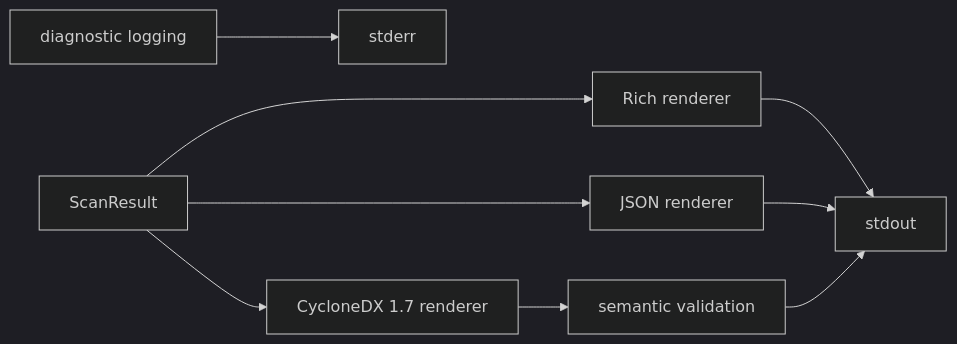
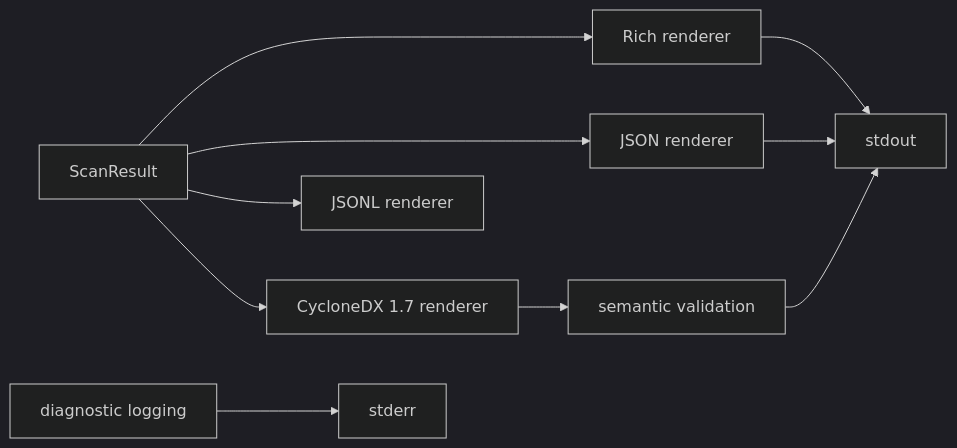
Before and after one commit to BreachSAFE/qureddy: the fourth of 4 diagrams in docs/explanation/architecture.md, drawn with Mermaid (dark theme). The commit also changed other lines of this file and 4 other files, not shown here.

Commit message:
docs: align architecture and CLI documentation

````diff
--- a/docs/explanation/architecture.md
+++ b/docs/explanation/architecture.md
@@ -189,11 +196,12 @@
 ```mermaid
 flowchart LR
     result["ScanResult"] --> rich["Rich renderer"]
     result --> json["JSON renderer"]
+    result --> jsonl["JSONL renderer"]
     result --> cbom["CycloneDX 1.7 renderer"]
     cbom --> semantic["semantic validation"]
     rich --> stdout["stdout"]
     json --> stdout
     semantic --> stdout
     diagnostics["diagnostic logging"] --> stderr["stderr"]
 ```
````
